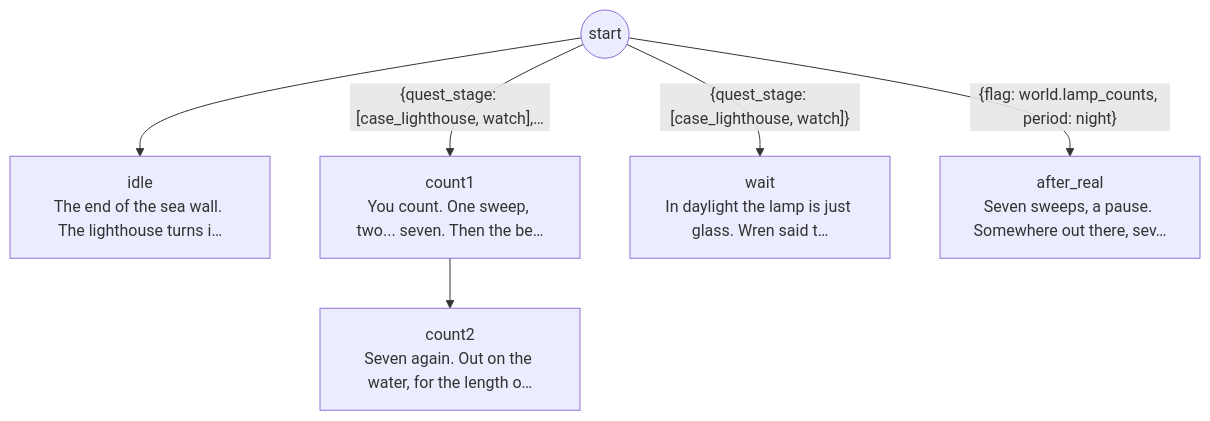
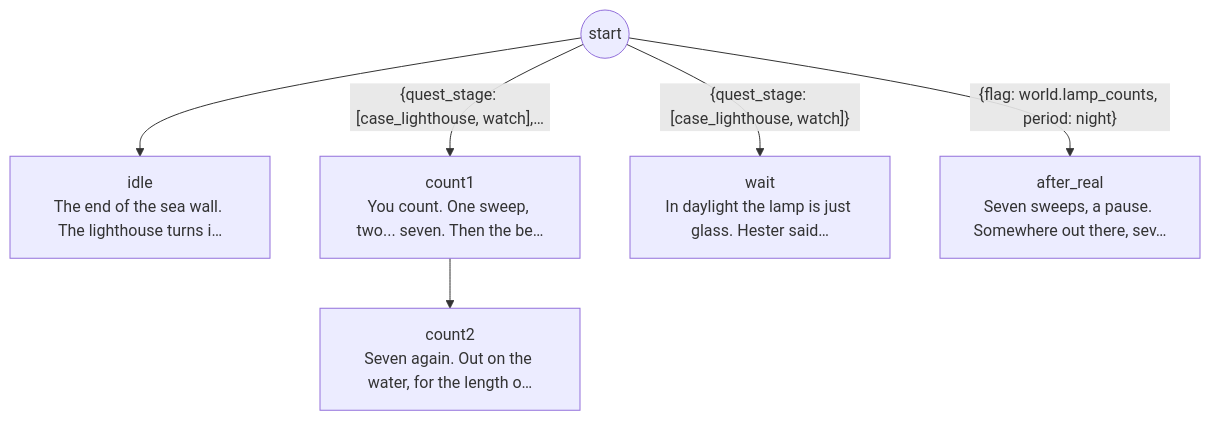
One commit to DoctorStrangeSH/ECHOES-OF-THE-VEIL changed the tenth of 40 diagrams in docs/generated/dialogue.md. Above: the diagram before and after it, drawn with Mermaid. The commit also changed other lines of this file and 38 other files, not shown here.

````diff
--- a/docs/generated/dialogue.md
+++ b/docs/generated/dialogue.md
@@ -48,14 +158,14 @@
 ```mermaid
 flowchart TD
   lighthouse_watch_START(("start"))
   lighthouse_watch_START --> lighthouse_watch_idle
   lighthouse_watch_START -->|"{quest_stage: [case_lighthouse, watch],…"| lighthouse_watch_count1
   lighthouse_watch_START -->|"{quest_stage: [case_lighthouse, watch]}"| lighthouse_watch_wait
   lighthouse_watch_START -->|"{flag: world.lamp_counts, period: night}"| lighthouse_watch_after_real
   lighthouse_watch_idle["idle<br/>The end of the sea wall. The lighthouse turns i…"]
-  lighthouse_watch_wait["wait<br/>In daylight the lamp is just glass. Wren said t…"]
+  lighthouse_watch_wait["wait<br/>In daylight the lamp is just glass. Hester said…"]
   lighthouse_watch_count1["count1<br/>You count. One sweep, two... seven. Then the be…"]
   lighthouse_watch_count1 --> lighthouse_watch_count2
   lighthouse_watch_count2["count2<br/>Seven again. Out on the water, for the length o…"]
   lighthouse_watch_after_real["after_real<br/>Seven sweeps, a pause. Somewhere out there, sev…"]
 ```
````
